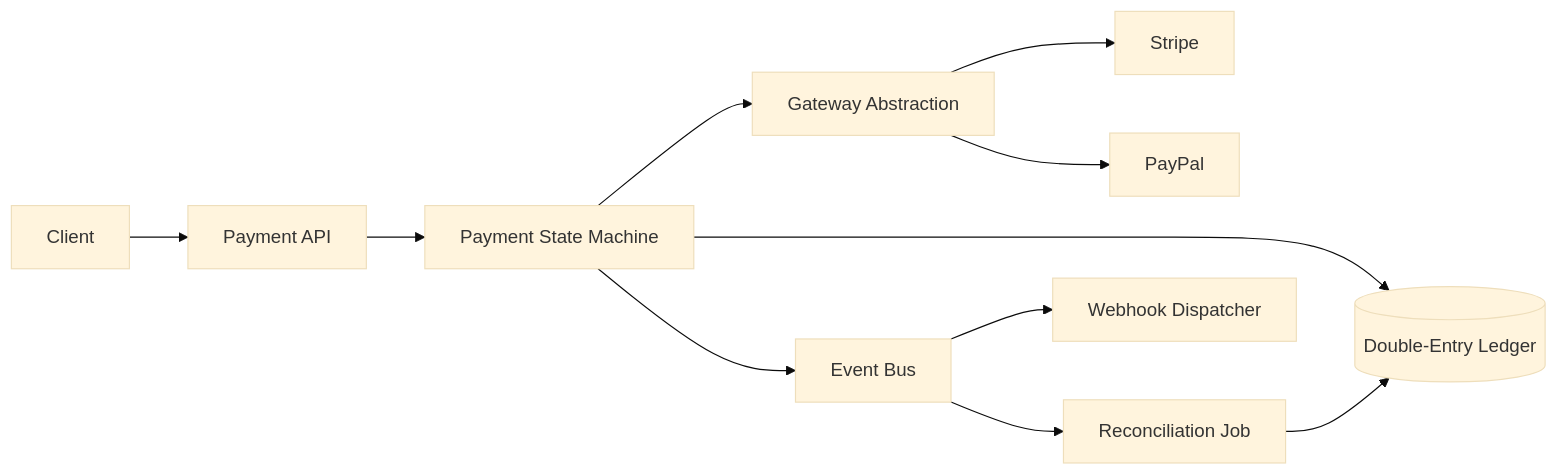
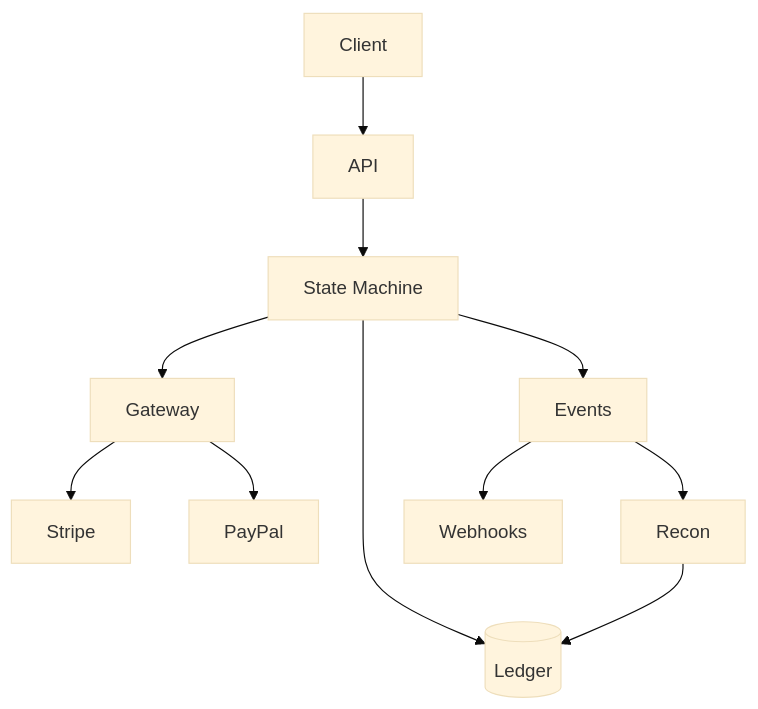
The diagram in site/content/designs/payment-system.md (huangsam/systology), drawn with Mermaid (base theme) before and after one commit. The commit also changed 4 other files, not shown here.

Commit message:
Enhance mermaid diagrams for new content

```diff
--- a/site/content/designs/payment-system.md
+++ b/site/content/designs/payment-system.md
@@ -23,13 +23,13 @@
 {{< mermaid >}}
-graph LR
-  Client --> API[Payment API]
-  API --> PSM[Payment State Machine]
-  PSM --> Gateway[Gateway Abstraction]
-  Gateway --> Stripe
-  Gateway --> PayPal
-  PSM --> Ledger[(Double-Entry Ledger)]
-  PSM --> Events[Event Bus]
-  Events --> Webhook[Webhook Dispatcher]
-  Events --> Recon[Reconciliation Job]
+graph TD
+  Client --> API
+  API --> PSM[State Machine]
+  PSM --> GW[Gateway]
+  GW --> Stripe
+  GW --> PayPal
+  PSM --> Ledger[(Ledger)]
+  PSM --> Bus[Events]
+  Bus --> Hooks[Webhooks]
+  Bus --> Recon
   Recon --> Ledger
 {{< /mermaid >}}
```
